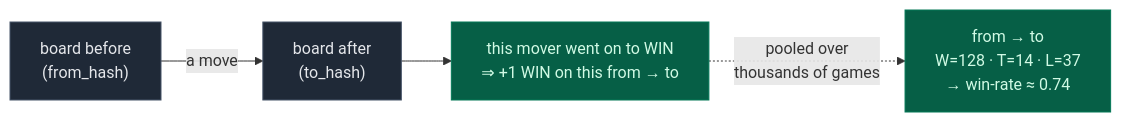
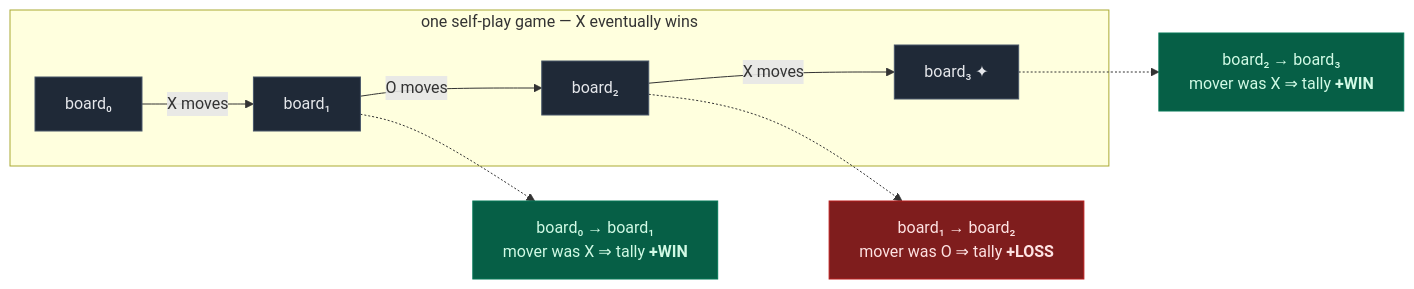
Before and after one commit to MatheweB/WiseExplorer: the third of 8 diagrams in README.md, drawn with Mermaid. The commit also changed other lines of this file and 4 other files, not shown here.

````diff
--- a/README.md
+++ b/README.md
@@ -151,10 +168,17 @@
 ```mermaid
 flowchart LR
     classDef b fill:#1f2937,stroke:#475569,color:#e5e7eb
     classDef w fill:#065f46,stroke:#047857,color:#d1fae5
-    F["board before<br/>(from_hash)"] -->|"a move"| T2["board after<br/>(to_hash)"]
-    T2 --> R["this mover went on to WIN<br/>⇒ +1 WIN on this from → to"]
-    R -.->|"pooled over<br/>thousands of games"| Tally["from → to<br/>W=128 · T=14 · L=37<br/>→ win-rate ≈ 0.74"]
-    class F,T2 b
-    class R,Tally w
+    classDef l fill:#7f1d1d,stroke:#b91c1c,color:#fee2e2
+    subgraph G["one self-play game — X eventually wins"]
+      B0["board₀"] -->|"X moves"| B1["board₁"]
+      B1 -->|"O moves"| B2["board₂"]
+      B2 -->|"X moves"| B3["board₃ ✦"]
+    end
+    B1 -.-> T1["board₀ → board₁<br/>mover was X ⇒ tally <b>+WIN</b>"]
+    B2 -.-> T2["board₁ → board₂<br/>mover was O ⇒ tally <b>+LOSS</b>"]
+    B3 -.-> T3["board₂ → board₃<br/>mover was X ⇒ tally <b>+WIN</b>"]
+    class B0,B1,B2,B3 b
+    class T1,T3 w
+    class T2 l
 ```
````
